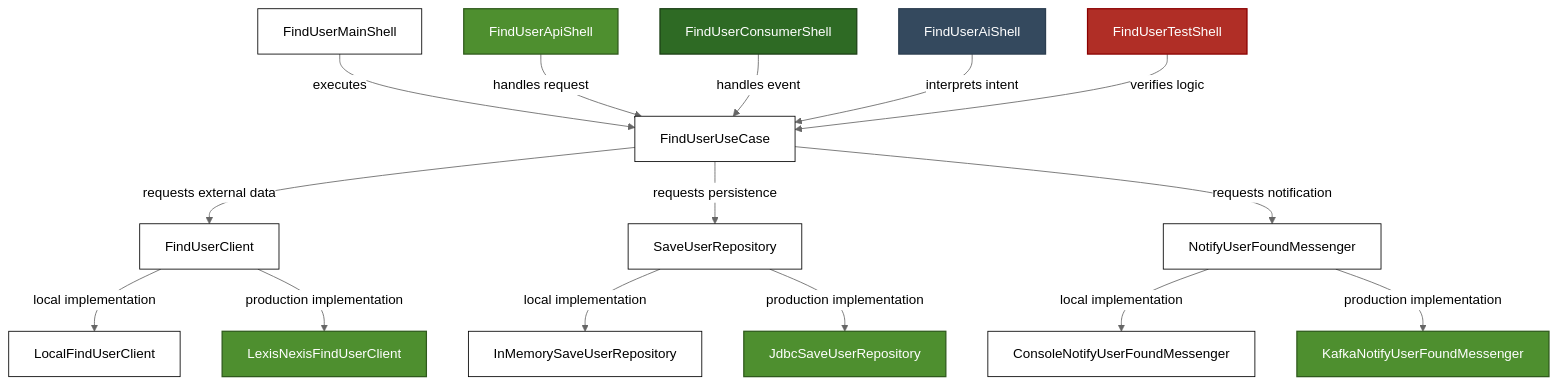
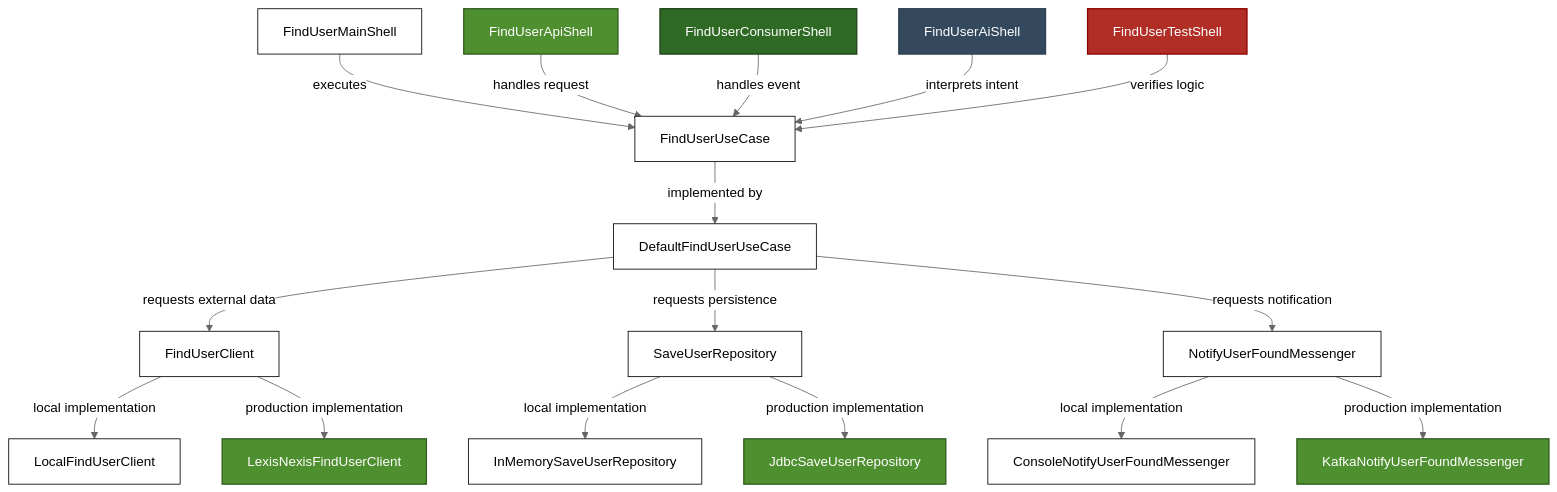
Before and after one commit to hermi-projects/hermi: the diagram in README.md, drawn with Mermaid (neutral theme).

Commit message:
docs: update FindUserUseCase mermaid diagram to reflect default implementation pattern

````diff
--- a/README.md
+++ b/README.md
@@ -561,48 +561,51 @@
 ```mermaid
 graph TD
     %% Main Shell
-    S_Main[FindUserMainShell] -->|executes| U_UseCase[FindUserUseCase]
+    S_Main[FindUserMainShell] -->|executes| U_UseCase
 
     %% API Shell
     S_Api[FindUserApiShell] -->|handles request| U_UseCase
 
     %% Consumer Shell
     S_Consumer[FindUserConsumerShell] -->|handles event| U_UseCase
 
     %% AI Shell (New Entry Point)
     S_Ai[FindUserAiShell] -->|interprets intent| U_UseCase
 
     %% JUnit Shell
     S_JUnit[FindUserTestShell] -->|verifies logic| U_UseCase
     
-    %% Use Case -> Contracts
-    U_UseCase -->|requests external data| U_Client[FindUserClient]
-    U_UseCase -->|requests persistence| U_Repo[SaveUserRepository]
-    U_UseCase -->|requests notification| U_Messenger[NotifyUserFoundMessenger]
+    %% Use Case Interface -> Default Implementation
+    U_UseCase[FindUserUseCase] -->|implemented by| U_Default[DefaultFindUserUseCase]
+    
+    %% Default Implementation -> Contracts
+    U_Default -->|requests external data| U_Client[FindUserClient]
+    U_Default -->|requests persistence| U_Repo[SaveUserRepository]
+    U_Default -->|requests notification| U_Messenger[NotifyUserFoundMessenger]
 
     %% Local Implementations
     U_Client -->|local implementation| A_LocalClient[LocalFindUserClient]
     U_Repo -->|local implementation| A_LocalRepo[InMemorySaveUserRepository]
     U_Messenger -->|local implementation| A_LocalMessenger[ConsoleNotifyUserFoundMessenger]
 
     %% Production Implementations
     U_Client -->|production implementation| A_ProdClient[LexisNexisFindUserClient]
     U_Repo -->|production implementation| A_ProdRepo[JdbcSaveUserRepository]
     U_Messenger -->|production implementation| A_ProdMessenger[KafkaNotifyUserFoundMessenger]
 
     %% Styling
     classDef local fill:#FFFFFF,color:#000000,stroke:#000000,stroke-width:1px
     classDef api fill:#4E8F2F,color:#FFFFFF,stroke:#2F5A1C,stroke-width:1.5px
     classDef consumer fill:#2E6A24,color:#FFFFFF,stroke:#1B3F15,stroke-width:1.5px
     classDef ai fill:#34495E,color:#FFFFFF,stroke:#2C3E50,stroke-width:1.5px
     classDef test fill:#B02E26,color:#FFFFFF,stroke:#8B0000,stroke-width:1.5px
     classDef core fill:#FFFFFF,color:#000000,stroke:#000000,stroke-width:1px
 
     %% Assign classes
     class S_Main,A_LocalClient,A_LocalRepo,A_LocalMessenger local
     class S_Api,A_ProdClient,A_ProdRepo,A_ProdMessenger api
     class S_Consumer consumer
     class S_Ai ai
     class S_JUnit test
-    class U_UseCase,U_Client,U_Repo,U_Messenger core
+    class U_UseCase,U_Default,U_Client,U_Repo,U_Messenger core
 ```
````
